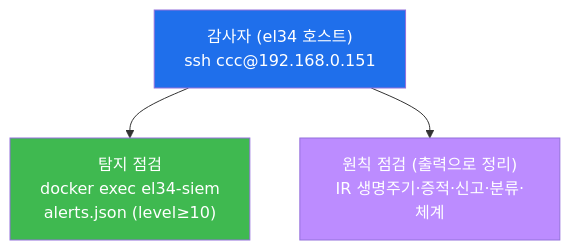
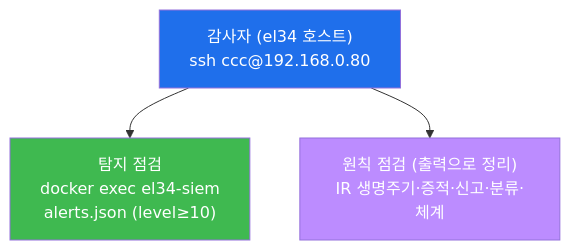
Before and after one commit to mrgrit/tw2: the eighth of 11 diagrams in contents/training/compliance/lecture_week11.md, drawn with Mermaid. The commit also changed other lines of this file and 119 other files, not shown here.

````diff
--- a/contents/training/compliance/lecture_week11.md
+++ b/contents/training/compliance/lecture_week11.md
@@ -466,11 +466,11 @@
 ```mermaid
 graph TD
-    HOST["감사자 (el34 호스트)<br/>ssh ccc@192.168.0.151"]
+    HOST["감사자 (el34 호스트)<br/>ssh ccc@192.168.0.80"]
     SIEM["탐지 점검<br/>docker exec el34-siem<br/>alerts.json (level≥10)"]
     PROC["원칙 점검 (출력으로 정리)<br/>IR 생명주기·증적·신고·분류·체계"]
     HOST --> SIEM
     HOST --> PROC
     style HOST fill:#1f6feb,color:#fff
     style SIEM fill:#3fb950,color:#fff
     style PROC fill:#bc8cff,color:#fff
 ```
````
